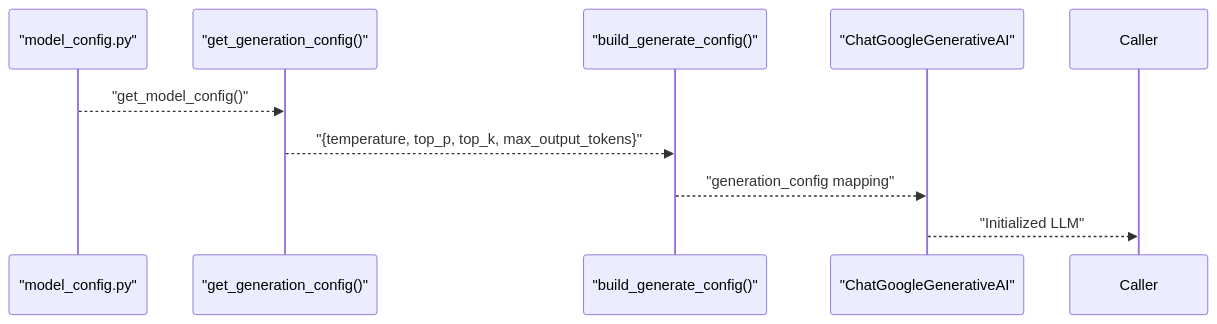
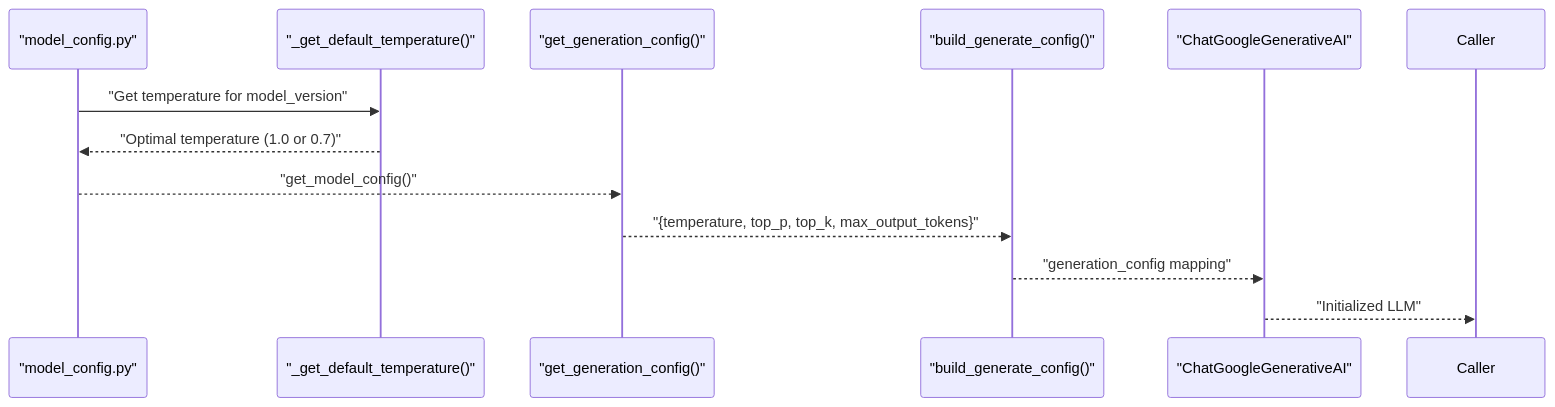
One commit to MOK-5-ha/MayaMCP changed the fourth of 7 diagrams in .qoder/repowiki/en/content/Configuration Management/Model Configuration.md. Above: the diagram before and after it, drawn with Mermaid. The commit also changed other lines of this file and 27 other files, not shown here.

````diff
--- a/.qoder/repowiki/en/content/Configuration Management/Model Configuration.md
+++ b/.qoder/repowiki/en/content/Configuration Management/Model Configuration.md
@@ -196,11 +226,14 @@
 ```mermaid
 sequenceDiagram
 participant Cfg as "model_config.py"
+participant Temp as "_get_default_temperature()"
 participant Gen as "get_generation_config()"
 participant Build as "build_generate_config()"
 participant LLM as "ChatGoogleGenerativeAI"
+Cfg->>Temp : "Get temperature for model_version"
+Temp-->>Cfg : "Optimal temperature (1.0 or 0.7)"
 Cfg-->>Gen : "get_model_config()"
 Gen-->>Build : "{temperature, top_p, top_k, max_output_tokens}"
 Build-->>LLM : "generation_config mapping"
 LLM-->>Caller : "Initialized LLM"
 ```
````
